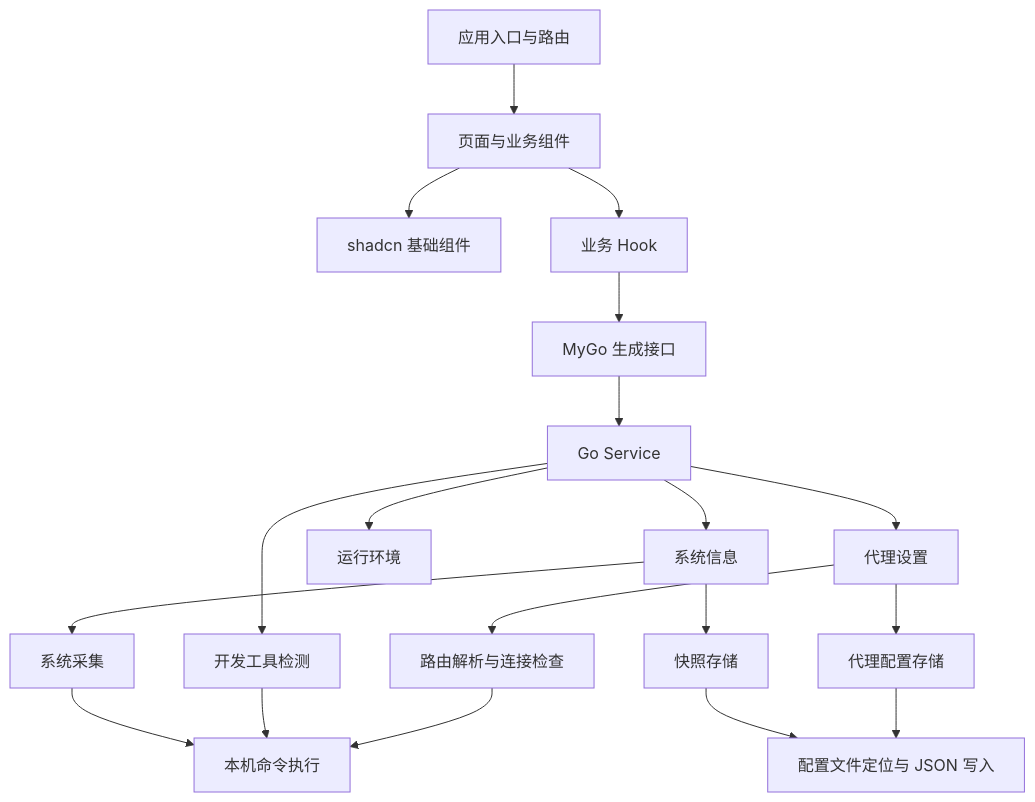
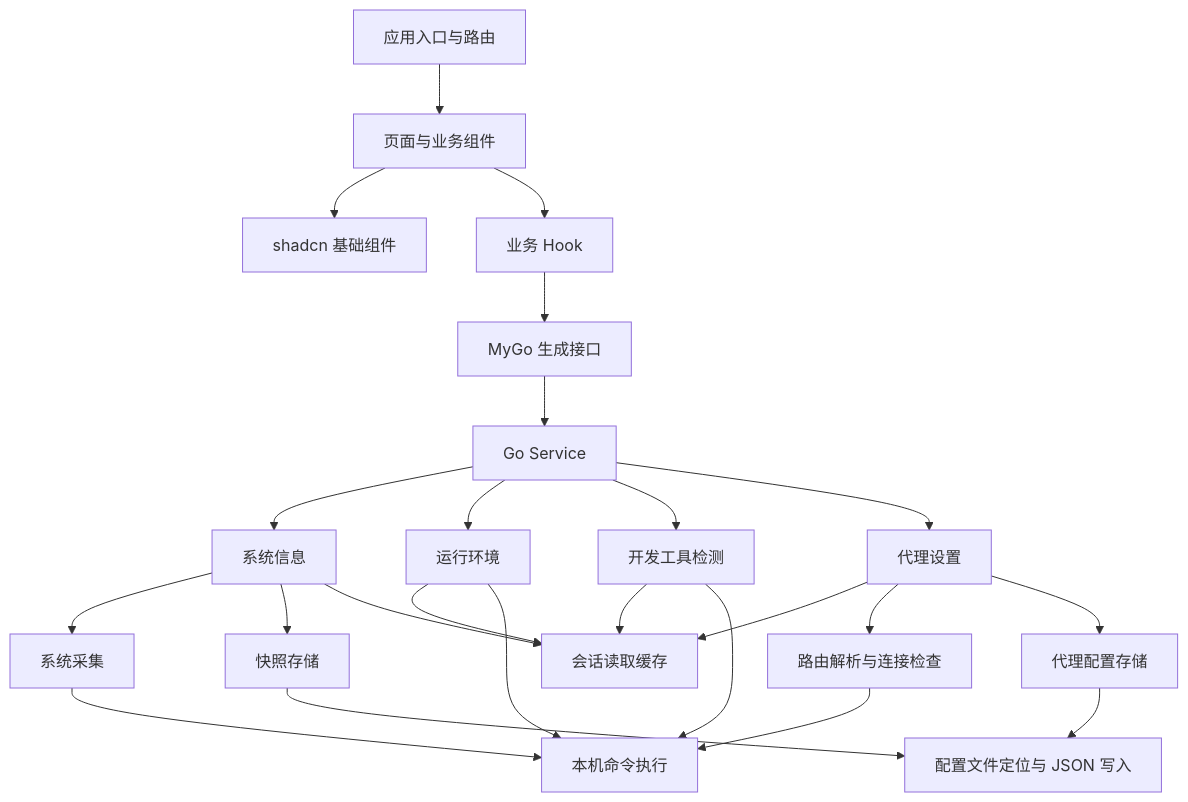
Before and after one commit to msola-ht/devbox: the diagram in ARCHITECTURE.md, drawn with Mermaid. The commit also changed other lines of this file and 46 other files, not shown here.

````diff
--- a/ARCHITECTURE.md
+++ b/ARCHITECTURE.md
@@ -34,21 +35,26 @@
 ```mermaid
 flowchart TD
     Entry[应用入口与路由] --> View[页面与业务组件]
     View --> UI[shadcn 基础组件]
     View --> Hook[业务 Hook]
     Hook --> Client[MyGo 生成接口]
     Client --> Service[Go Service]
     Service --> System[系统信息]
     Service --> Environment[运行环境]
     Service --> DevTools[开发工具检测]
     Service --> Proxy[代理设置]
     System --> Collector[系统采集]
     System --> Snapshot[快照存储]
+    System --> ReadCache[会话读取缓存]
+    Environment --> ReadCache
+    DevTools --> ReadCache
+    Proxy --> ReadCache
     Proxy --> Network[路由解析与连接检查]
     Proxy --> Settings[代理配置存储]
     Snapshot --> ConfigFile[配置文件定位与 JSON 写入]
     Settings --> ConfigFile
     Collector --> Command[本机命令执行]
+    Environment --> Command
     DevTools --> Command
     Network --> Command
 ```
````
